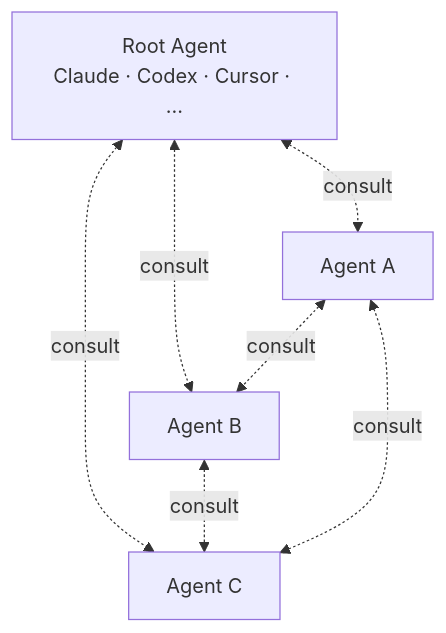
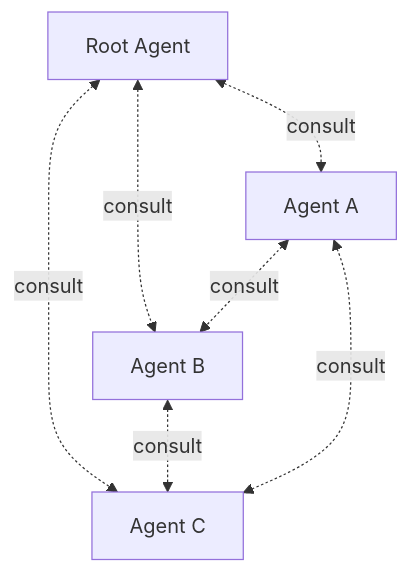
One commit to Kord96/kordinate changed the diagram in docs/index.md. Above: the diagram before and after it, drawn with Mermaid.

Commit message:
Simplify Root Agent node — remove runtime examples [scribe]

````diff
--- a/docs/index.md
+++ b/docs/index.md
@@ -5,9 +5,9 @@
 ```mermaid
 flowchart TB
-    ROOT[Root Agent<br/>Claude · Codex · Cursor · ...] <-.->|consult| A1[Agent A]
+    ROOT[Root Agent] <-.->|consult| A1[Agent A]
     ROOT <-.->|consult| A2[Agent B]
     ROOT <-.->|consult| A3[Agent C]
     A1 <-.->|consult| A2
     A2 <-.->|consult| A3
     A1 <-.->|consult| A3
 ```
````
